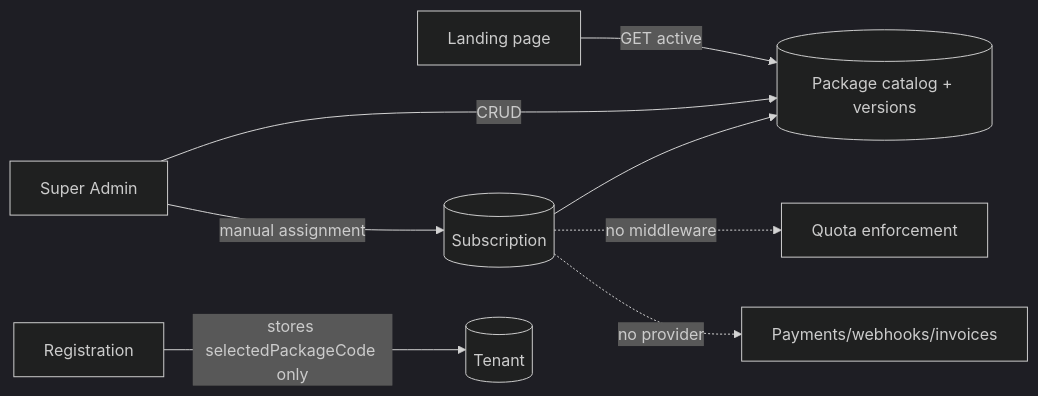
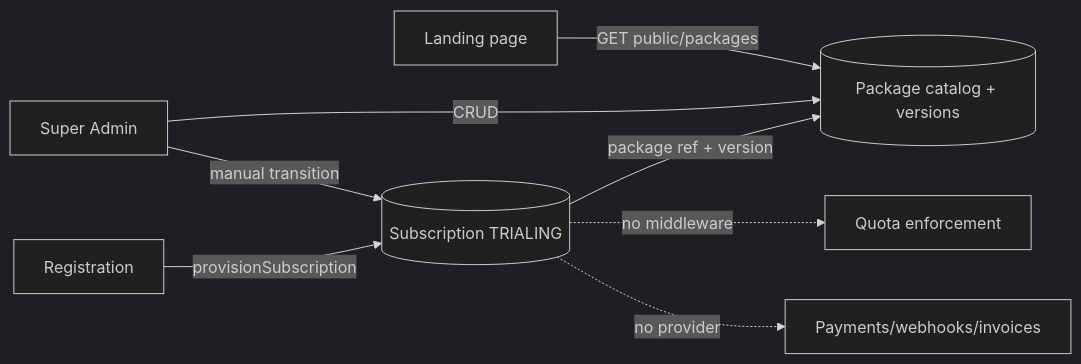
One commit to mahmoudrabbas/documind-ai changed the fourth of 4 diagrams in PROJECT_IMPLEMENTATION_STATUS.md. Above: the diagram before and after it, drawn with Mermaid (dark theme). The commit also changed other lines of this file and 8 other files, not shown here.

````diff
--- a/PROJECT_IMPLEMENTATION_STATUS.md
+++ b/PROJECT_IMPLEMENTATION_STATUS.md
@@ -207,10 +207,10 @@
 ```mermaid
 flowchart LR
   SA[Super Admin] -->|CRUD| PKG[(Package catalog + versions)]
-  PUB[Landing page] -->|GET active| PKG
-  REG[Registration] -->|stores selectedPackageCode only| TEN[(Tenant)]
-  SA -->|manual assignment| SUB[(Subscription)]
-  SUB --> PKG
+  PUB[Landing page] -->|GET public/packages| PKG
+  REG[Registration] -->|provisionSubscription| SUB[(Subscription TRIALING)]
+  SUB -->|package ref + version| PKG
+  SA -->|manual transition| SUB
   SUB -. no middleware .-> Q[Quota enforcement]
   SUB -. no provider .-> PAY[Payments/webhooks/invoices]
 ```
````
